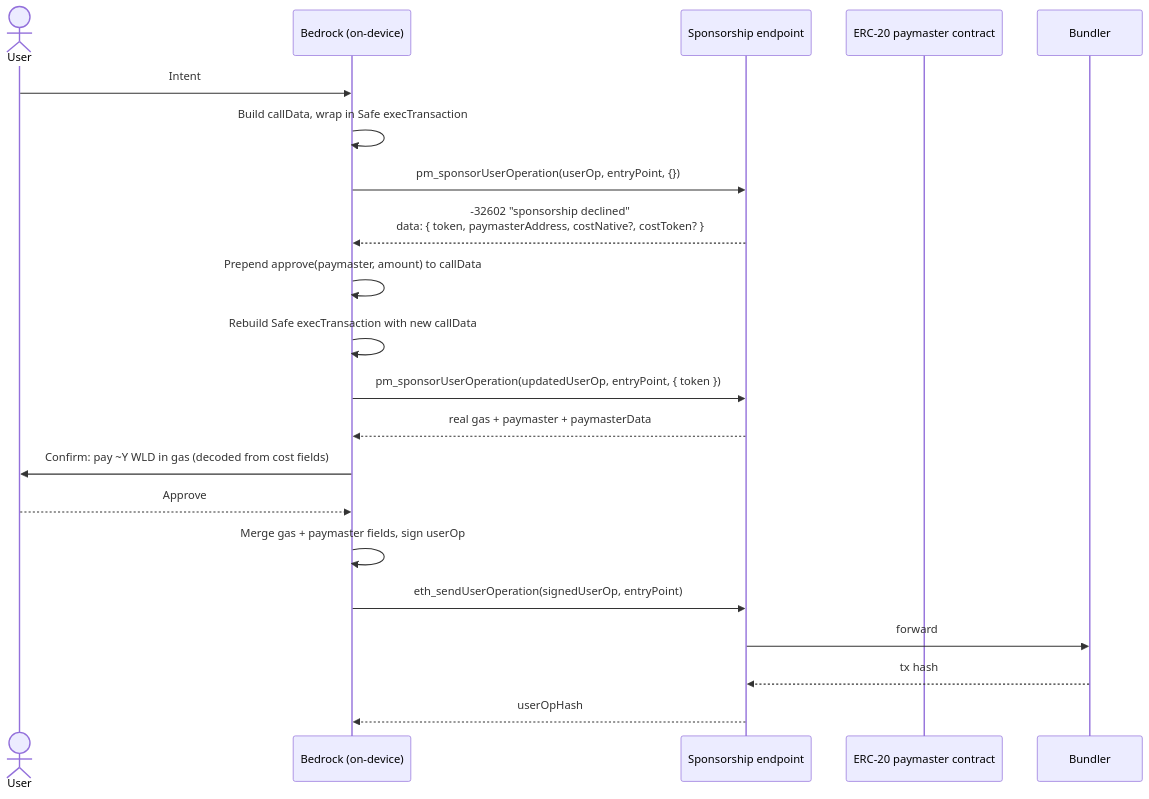
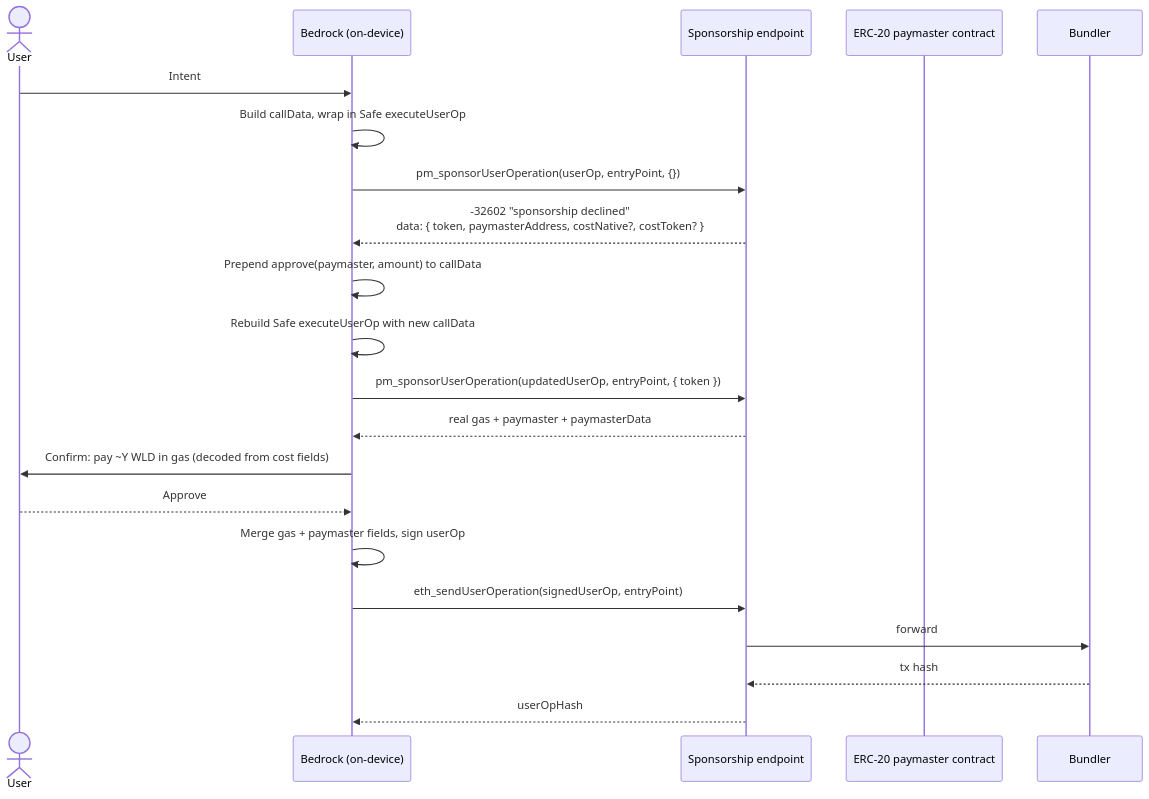
One commit to worldcoin/bedrock changed the second of 2 diagrams in docs/architecture/transactions/prepare_sign_tx.md. Above: the diagram before and after it, drawn with Mermaid. The commit also changed other lines of this file, not shown here.

First line of the commit message:
Fix wording: Safe wrap is executeUserOp, not execTransaction

````diff
--- a/docs/architecture/transactions/prepare_sign_tx.md
+++ b/docs/architecture/transactions/prepare_sign_tx.md
@@ -139,29 +141,29 @@
 ```mermaid
 sequenceDiagram
     actor User
     participant Bedrock as Bedrock (on-device)
     participant Endpoint as Sponsorship endpoint
     participant Paymaster as ERC-20 paymaster contract
     participant Bundler
 
     User->>Bedrock: Intent
-    Bedrock->>Bedrock: Build callData, wrap in Safe execTransaction
+    Bedrock->>Bedrock: Build callData, wrap in Safe executeUserOp
 
     Bedrock->>Endpoint: pm_sponsorUserOperation(userOp, entryPoint, {})
     Endpoint-->>Bedrock: -32602 "sponsorship declined"<br/>data: { token, paymasterAddress, costNative?, costToken? }
 
     Bedrock->>Bedrock: Prepend approve(paymaster, amount) to callData
-    Bedrock->>Bedrock: Rebuild Safe execTransaction with new callData
+    Bedrock->>Bedrock: Rebuild Safe executeUserOp with new callData
 
     Bedrock->>Endpoint: pm_sponsorUserOperation(updatedUserOp, entryPoint, { token })
     Endpoint-->>Bedrock: real gas + paymaster + paymasterData
 
     Bedrock->>User: Confirm: pay ~Y WLD in gas (decoded from cost fields)
     User-->>Bedrock: Approve
     Bedrock->>Bedrock: Merge gas + paymaster fields, sign userOp
 
     Bedrock->>Endpoint: eth_sendUserOperation(signedUserOp, entryPoint)
     Endpoint->>Bundler: forward
     Bundler-->>Endpoint: tx hash
     Endpoint-->>Bedrock: userOpHash
 ```
````
